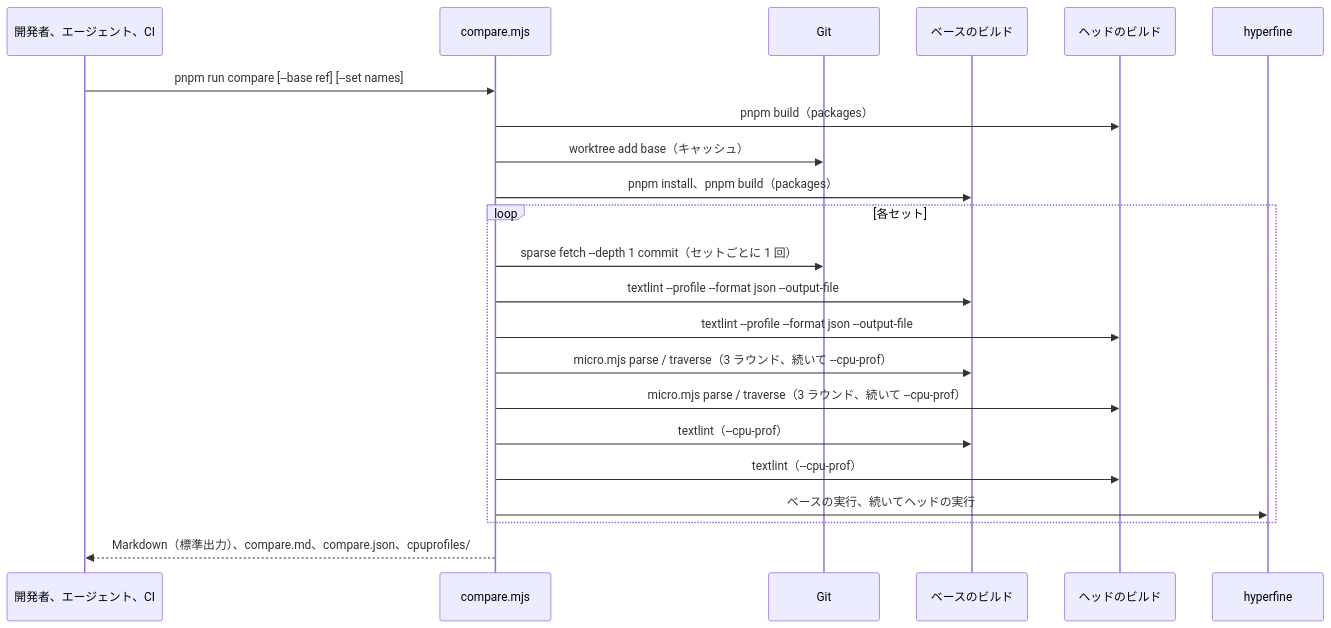
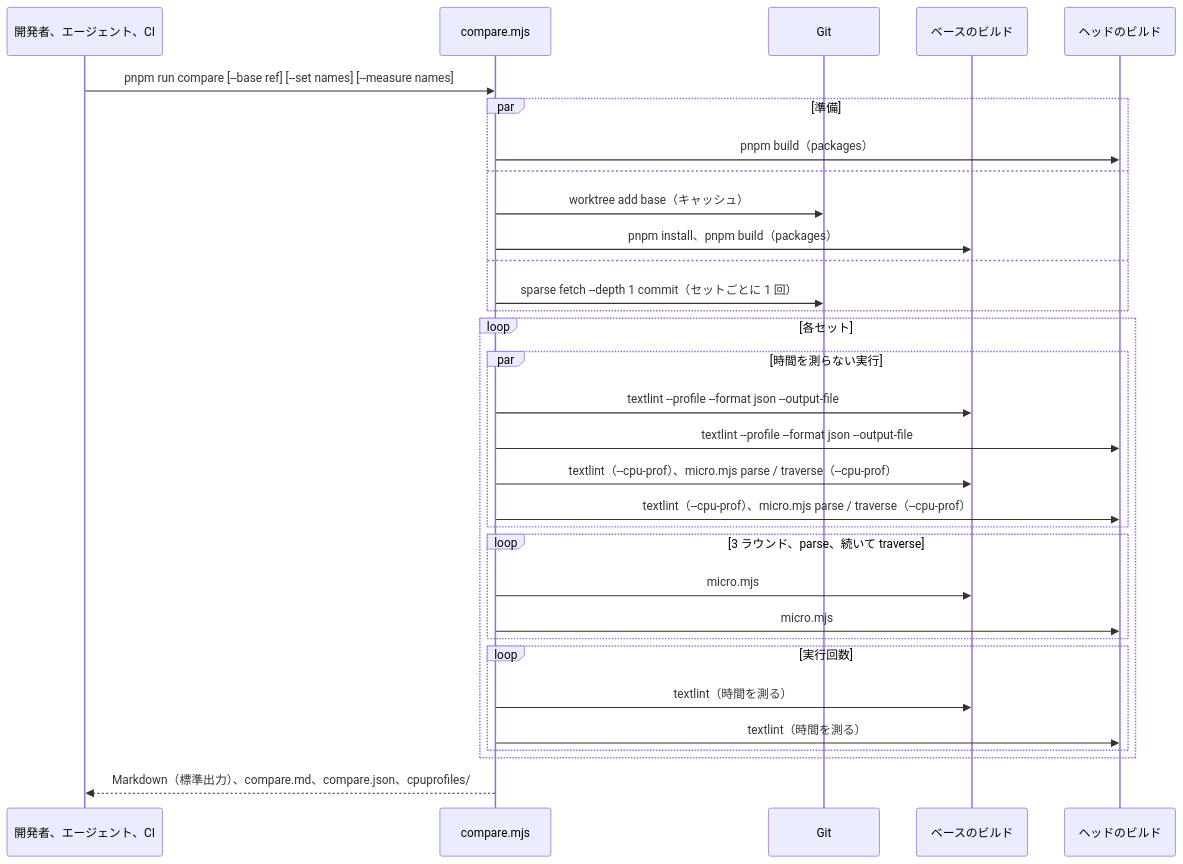
The diagram in docs/products/textlint/features/change-comparison/design.ja.md (textlint/textlint), drawn with Mermaid before and after one commit. The commit also changed other lines of this file and 6 other files, not shown here.

First line of the commit message:
ci(benchmark): halve the time of the huge set of Profile and benchmark

````diff
--- a/docs/products/textlint/features/change-comparison/design.ja.md
+++ b/docs/products/textlint/features/change-comparison/design.ja.md
@@ -55,24 +60,34 @@
 ```mermaid
 sequenceDiagram
     participant Dev as 開発者、エージェント、CI
     participant Script as compare.mjs
     participant Git
     participant Base as ベースのビルド
     participant Head as ヘッドのビルド
-    participant HF as hyperfine
-    Dev->>Script: pnpm run compare [--base ref] [--set names]
-    Script->>Head: pnpm build（packages）
-    Script->>Git: worktree add base（キャッシュ）
-    Script->>Base: pnpm install、pnpm build（packages）
+    Dev->>Script: pnpm run compare [--base ref] [--set names] [--measure names]
+    par 準備
+        Script->>Head: pnpm build（packages）
+    and
+        Script->>Git: worktree add base（キャッシュ）
+        Script->>Base: pnpm install、pnpm build（packages）
+    and
+        Script->>Git: sparse fetch --depth 1 commit（セットごとに 1 回）
+    end
     loop 各セット
-        Script->>Git: sparse fetch --depth 1 commit（セットごとに 1 回）
-        Script->>Base: textlint --profile --format json --output-file
-        Script->>Head: textlint --profile --format json --output-file
-        Script->>Base: micro.mjs parse / traverse（3 ラウンド、続いて --cpu-prof）
-        Script->>Head: micro.mjs parse / traverse（3 ラウンド、続いて --cpu-prof）
-        Script->>Base: textlint（--cpu-prof）
-        Script->>Head: textlint（--cpu-prof）
-        Script->>HF: ベースの実行、続いてヘッドの実行
+        par 時間を測らない実行
+            Script->>Base: textlint --profile --format json --output-file
+            Script->>Head: textlint --profile --format json --output-file
+            Script->>Base: textlint（--cpu-prof）、micro.mjs parse / traverse（--cpu-prof）
+            Script->>Head: textlint（--cpu-prof）、micro.mjs parse / traverse（--cpu-prof）
+        end
+        loop 3 ラウンド、parse、続いて traverse
+            Script->>Base: micro.mjs
+            Script->>Head: micro.mjs
+        end
+        loop 実行回数
+            Script->>Base: textlint（時間を測る）
+            Script->>Head: textlint（時間を測る）
+        end
     end
     Script-->>Dev: Markdown（標準出力）、compare.md、compare.json、cpuprofiles/
 ```
````
